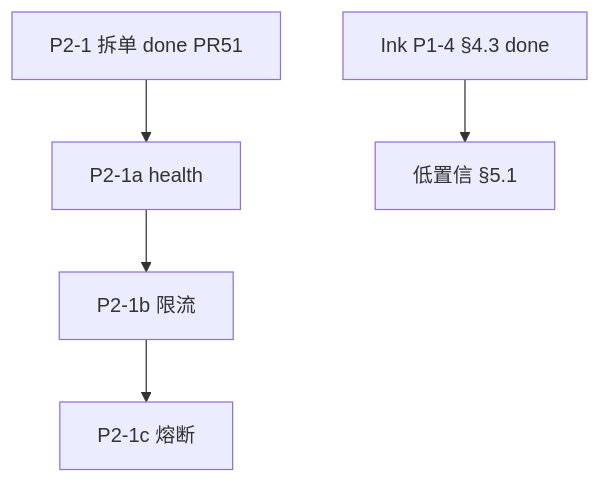
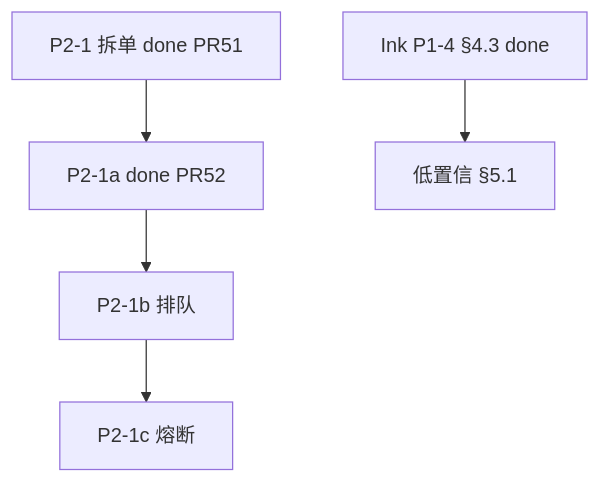
One commit to Cyning12/ai-ink-brain-api-python changed the second of 2 diagrams in docs/tasks/RECENT_TASK_SCHEDULE.md. Above: the diagram before and after it, drawn with Mermaid. The commit also changed other lines of this file and 7 other files, not shown here.

````diff
--- a/docs/tasks/RECENT_TASK_SCHEDULE.md
+++ b/docs/tasks/RECENT_TASK_SCHEDULE.md
@@ -183,7 +218,7 @@
 ```mermaid
 flowchart TD
-  P21D[P2-1 拆单 done PR51] --> P21A[P2-1a health]
-  P21A --> P21B[P2-1b 限流]
+  P21D[P2-1 拆单 done PR51] --> P21A[P2-1a done PR52]
+  P21A --> P21B[P2-1b 排队]
   P21B --> P21C[P2-1c 熔断]
   P1FE[Ink P1-4 §4.3 done] --> LC[低置信 §5.1]
 ```
````
